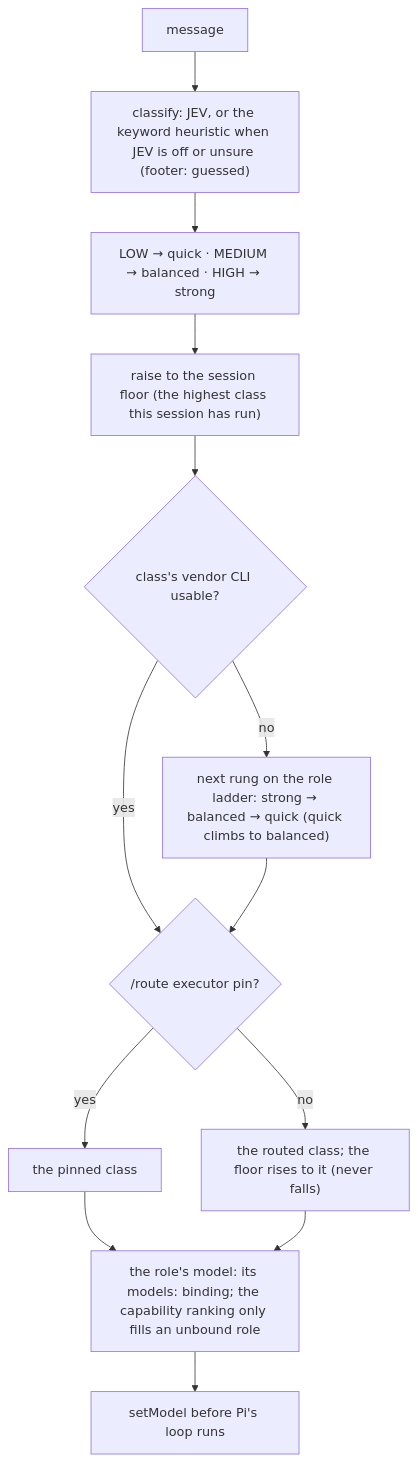
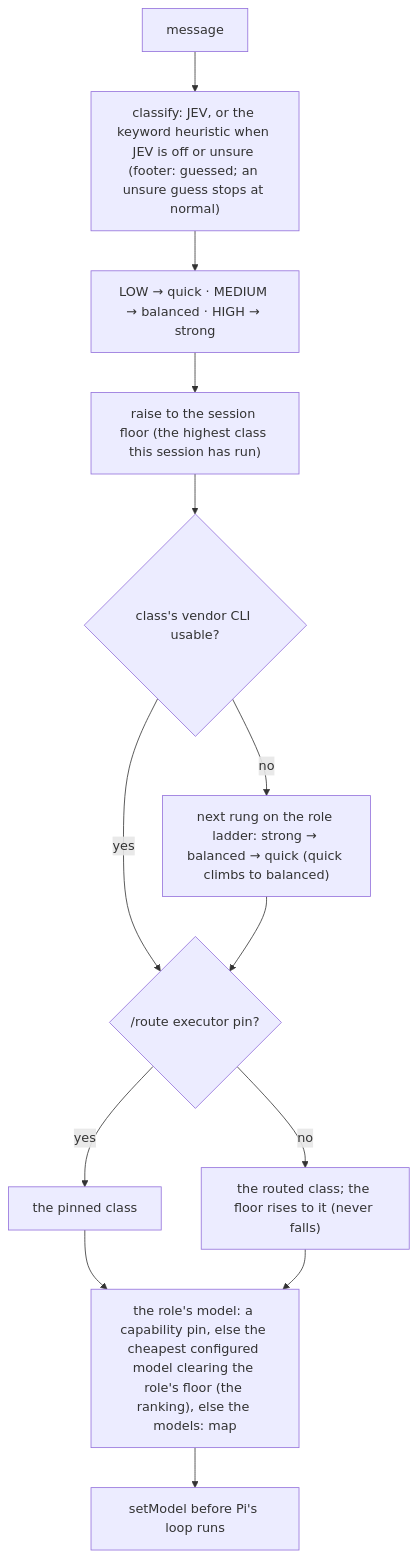
The first of 3 diagrams in docs/systems/model-modes.md (jonit-dev/lean-pi), drawn with Mermaid before and after one commit. The commit also changed other lines of this file and 57 other files, not shown here.

````diff
--- a/docs/systems/model-modes.md
+++ b/docs/systems/model-modes.md
@@ -27,15 +27,15 @@
 ```mermaid
 flowchart TD
-    M[message] --> C["classify: JEV, or the keyword heuristic when JEV is off or unsure (footer: guessed)"]
+    M[message] --> C["classify: JEV, or the keyword heuristic when JEV is off or unsure (footer: guessed; an unsure guess stops at normal)"]
     C --> X["LOW → quick · MEDIUM → balanced · HIGH → strong"]
     X --> F["raise to the session floor (the highest class this session has run)"]
     F --> U{class's vendor CLI usable?}
     U -- no --> D["next rung on the role ladder: strong → balanced → quick (quick climbs to balanced)"]
     U -- yes --> P
     D --> P{"/route executor pin?"}
     P -- yes --> R[the pinned class]
     P -- no --> R2["the routed class; the floor rises to it (never falls)"]
-    R --> B["the role's model: its models: binding; the capability ranking only fills an unbound role"]
+    R --> B["the role's model: a capability pin, else the cheapest configured model clearing the role's floor (the ranking), else the models: map"]
     R2 --> B
     B --> S["setModel before Pi's loop runs"]
 ```
````
